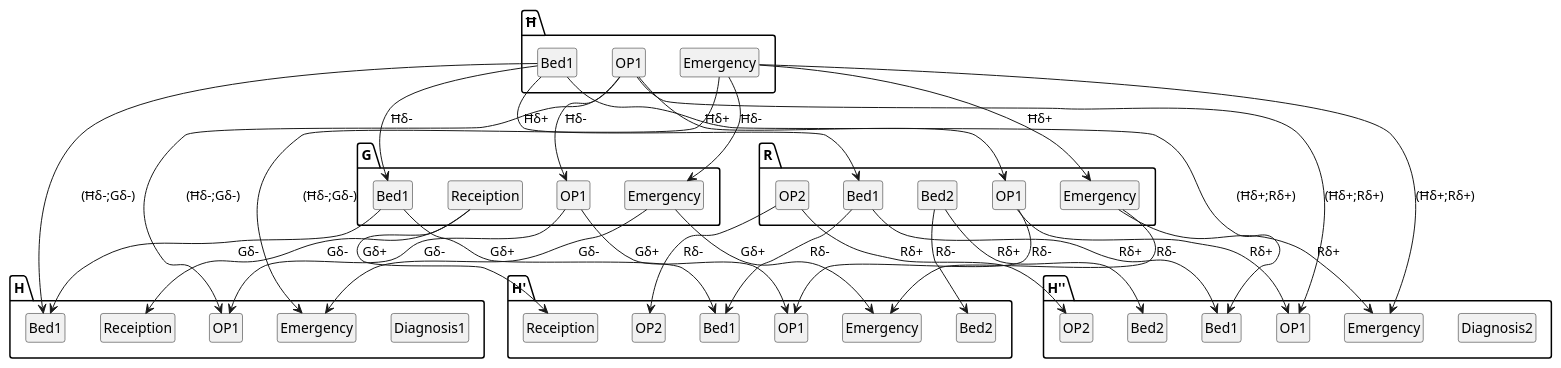
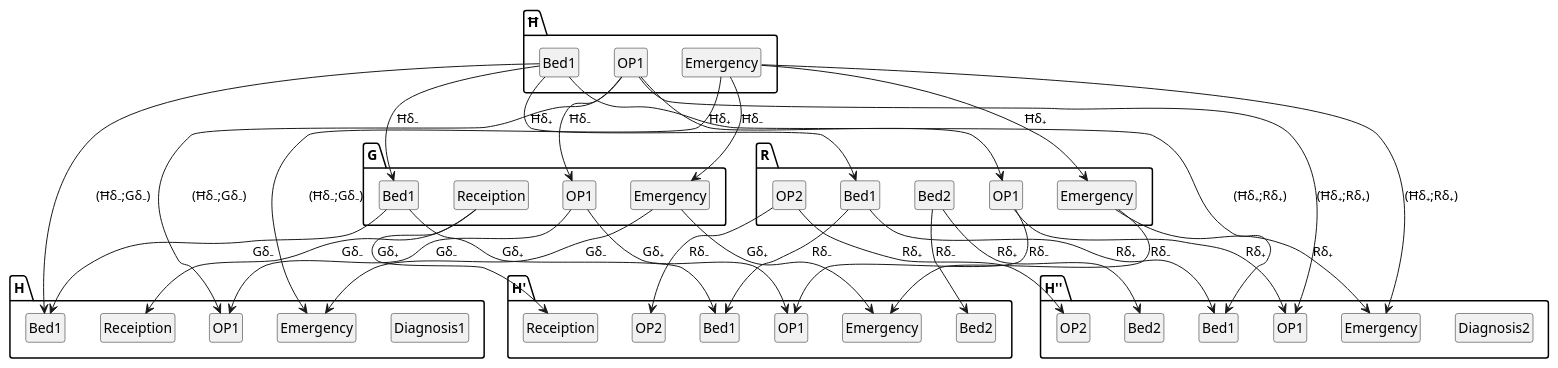
The diagram in FMDE/diagrams/fsetDelta/testDeltaFinSets2.pretty.plantuml (rajiv-thorat/fmde), drawn with PlantUML before and after one commit. The commit also changed 5 other files, not shown here.

```diff
--- a/FMDE/diagrams/fsetDelta/testDeltaFinSets2.pretty.plantuml
+++ b/FMDE/diagrams/fsetDelta/testDeltaFinSets2.pretty.plantuml
@@ -1,65 +1,65 @@
 @startuml
 skinparam shadowing false
 hide members
 hide circle
 class "H.Diagnosis1"
 class "H.Bed1"
 class "H.OP1"
 class "H.Receiption"
 class "H.Emergency"
 class "H'.Bed2"
 class "H'.OP2"
 class "H'.Bed1"
 class "H'.OP1"
 class "H'.Receiption"
 class "H'.Emergency"
 class "H''.Diagnosis2"
 class "H''.Bed2"
 class "H''.OP2"
 class "H''.Bed1"
 class "H''.OP1"
 class "H''.Emergency"
 class "G.Bed1"
 class "G.OP1"
 class "G.Receiption"
 class "G.Emergency"
 class "R.Bed2"
 class "R.OP2"
 class "R.Bed1"
 class "R.OP1"
 class "R.Emergency"
 class "Ħ.Bed1"
 class "Ħ.OP1"
 class "Ħ.Emergency"
 
-"Ħ.Bed1" --> "G.Bed1" : "Ħδ-"
-"Ħ.OP1" --> "G.OP1" : "Ħδ-"
-"Ħ.Emergency" --> "G.Emergency" : "Ħδ-"
-"Ħ.Bed1" --> "R.Bed1" : "Ħδ+"
-"Ħ.OP1" --> "R.OP1" : "Ħδ+"
-"Ħ.Emergency" --> "R.Emergency" : "Ħδ+"
-"G.Bed1" --> "H.Bed1" : "Gδ-"
-"G.OP1" --> "H.OP1" : "Gδ-"
-"G.Receiption" --> "H.Receiption" : "Gδ-"
-"G.Emergency" --> "H.Emergency" : "Gδ-"
-"G.Bed1" --> "H'.Bed1" : "Gδ+"
-"G.OP1" --> "H'.OP1" : "Gδ+"
-"G.Receiption" --> "H'.Receiption" : "Gδ+"
-"G.Emergency" --> "H'.Emergency" : "Gδ+"
-"R.Bed2" --> "H'.Bed2" : "Rδ-"
-"R.OP2" --> "H'.OP2" : "Rδ-"
-"R.Bed1" --> "H'.Bed1" : "Rδ-"
-"R.OP1" --> "H'.OP1" : "Rδ-"
-"R.Emergency" --> "H'.Emergency" : "Rδ-"
-"R.Bed2" --> "H''.Bed2" : "Rδ+"
-"R.OP2" --> "H''.OP2" : "Rδ+"
-"R.Bed1" --> "H''.Bed1" : "Rδ+"
-"R.OP1" --> "H''.OP1" : "Rδ+"
-"R.Emergency" --> "H''.Emergency" : "Rδ+"
-"Ħ.Bed1" --> "H.Bed1" : "(Ħδ-;Gδ-)"
-"Ħ.OP1" --> "H.OP1" : "(Ħδ-;Gδ-)"
-"Ħ.Emergency" --> "H.Emergency" : "(Ħδ-;Gδ-)"
-"Ħ.Bed1" --> "H''.Bed1" : "(Ħδ+;Rδ+)"
-"Ħ.OP1" --> "H''.OP1" : "(Ħδ+;Rδ+)"
-"Ħ.Emergency" --> "H''.Emergency" : "(Ħδ+;Rδ+)"
+"Ħ.Bed1" --> "G.Bed1" : "Ħδ₋"
+"Ħ.OP1" --> "G.OP1" : "Ħδ₋"
+"Ħ.Emergency" --> "G.Emergency" : "Ħδ₋"
+"Ħ.Bed1" --> "R.Bed1" : "Ħδ₊"
+"Ħ.OP1" --> "R.OP1" : "Ħδ₊"
+"Ħ.Emergency" --> "R.Emergency" : "Ħδ₊"
+"G.Bed1" --> "H.Bed1" : "Gδ₋"
+"G.OP1" --> "H.OP1" : "Gδ₋"
+"G.Receiption" --> "H.Receiption" : "Gδ₋"
+"G.Emergency" --> "H.Emergency" : "Gδ₋"
+"G.Bed1" --> "H'.Bed1" : "Gδ₊"
+"G.OP1" --> "H'.OP1" : "Gδ₊"
+"G.Receiption" --> "H'.Receiption" : "Gδ₊"
+"G.Emergency" --> "H'.Emergency" : "Gδ₊"
+"R.Bed2" --> "H'.Bed2" : "Rδ₋"
+"R.OP2" --> "H'.OP2" : "Rδ₋"
+"R.Bed1" --> "H'.Bed1" : "Rδ₋"
+"R.OP1" --> "H'.OP1" : "Rδ₋"
+"R.Emergency" --> "H'.Emergency" : "Rδ₋"
+"R.Bed2" --> "H''.Bed2" : "Rδ₊"
+"R.OP2" --> "H''.OP2" : "Rδ₊"
+"R.Bed1" --> "H''.Bed1" : "Rδ₊"
+"R.OP1" --> "H''.OP1" : "Rδ₊"
+"R.Emergency" --> "H''.Emergency" : "Rδ₊"
+"Ħ.Bed1" --> "H.Bed1" : "(Ħδ₋;Gδ₋)"
+"Ħ.OP1" --> "H.OP1" : "(Ħδ₋;Gδ₋)"
+"Ħ.Emergency" --> "H.Emergency" : "(Ħδ₋;Gδ₋)"
+"Ħ.Bed1" --> "H''.Bed1" : "(Ħδ₊;Rδ₊)"
+"Ħ.OP1" --> "H''.OP1" : "(Ħδ₊;Rδ₊)"
+"Ħ.Emergency" --> "H''.Emergency" : "(Ħδ₊;Rδ₊)"
 @enduml
```
